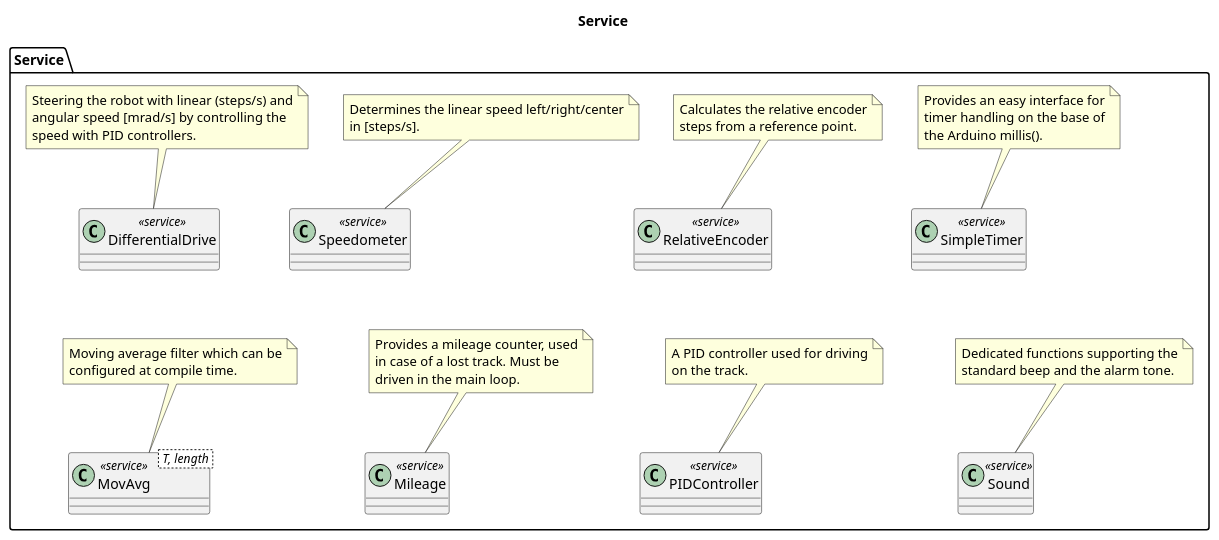
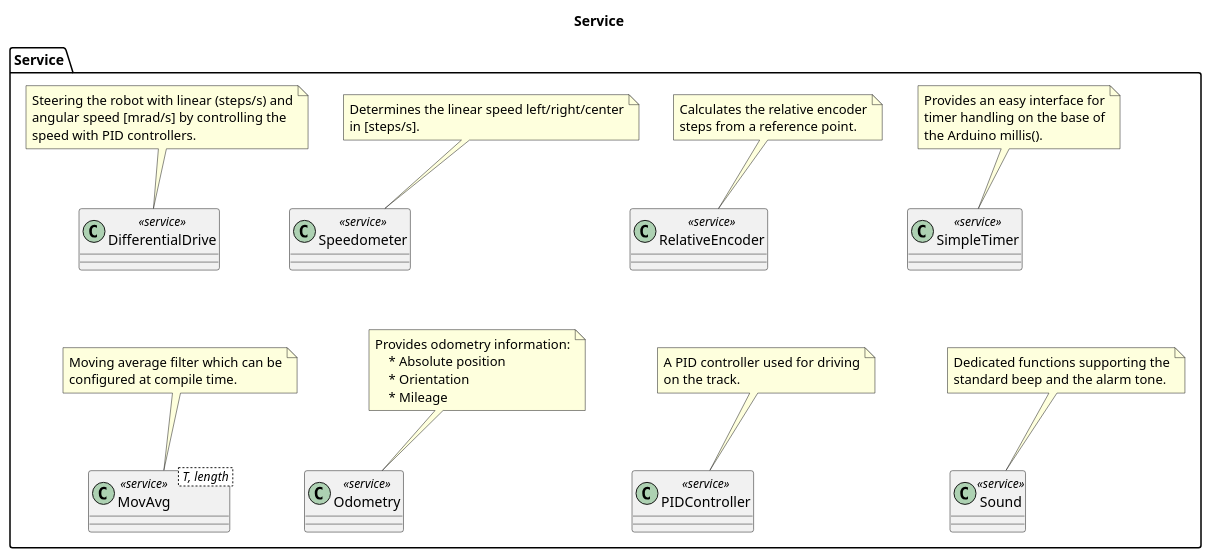
Before and after one commit to BlueAndi/RadonUlzer: the diagram in doc/architecture/uml/LogicalView/Service.plantuml, drawn with PlantUML. The commit also changed 6 other files, not shown here.

Commit message:
Mileage replaced by Odometry.

```diff
--- a/doc/architecture/uml/LogicalView/Service.plantuml
+++ b/doc/architecture/uml/LogicalView/Service.plantuml
@@ -1,72 +1,73 @@
 @startuml
 
 title Service
 
 package "Service" as serviceLayer {
 
     class Sound <<service>>
 
     note top of Sound
         Dedicated functions supporting the
         standard beep and the alarm tone.
     end note
 
     class SimpleTimer <<service>>
 
     note top of SimpleTimer
         Provides an easy interface for
         timer handling on the base of
         the Arduino millis().
     end note
 
-    class Mileage <<service>>
+    class Odometry <<service>>
 
-    note top of Mileage
-        Provides a mileage counter, used
-        in case of a lost track. Must be
-        driven in the main loop.
+    note top of Odometry
+        Provides odometry information:
+            * Absolute position
+            * Orientation
+            * Mileage
     end note
 
     class PIDController <<service>>
 
     note top of PIDController
         A PID controller used for driving
         on the track.
     end note
 
     class MovAvg < T, length > <<service>>
 
     note top of MovAvg
         Moving average filter which can be
         configured at compile time.
     end note
 
     class RelativeEncoder <<service>>
 
     note top of RelativeEncoder
         Calculates the relative encoder
         steps from a reference point.
     end note
 
     class Speedometer <<service>>
 
     note top of Speedometer
         Determines the linear speed left/right/center
         in [steps/s].
     end note
 
     class DifferentialDrive <<service>>
 
     note top of DifferentialDrive
         Steering the robot with linear (steps/s) and
         angular speed [mrad/s] by controlling the
         speed with PID controllers.
     end note
 
     DifferentialDrive -[hidden]-- MovAvg
-    Speedometer -[hidden]-- Mileage
+    Speedometer -[hidden]-- Odometry
     RelativeEncoder -[hidden]-- PIDController
     SimpleTimer -[hidden]-- Sound
 }
 
 @enduml
```
